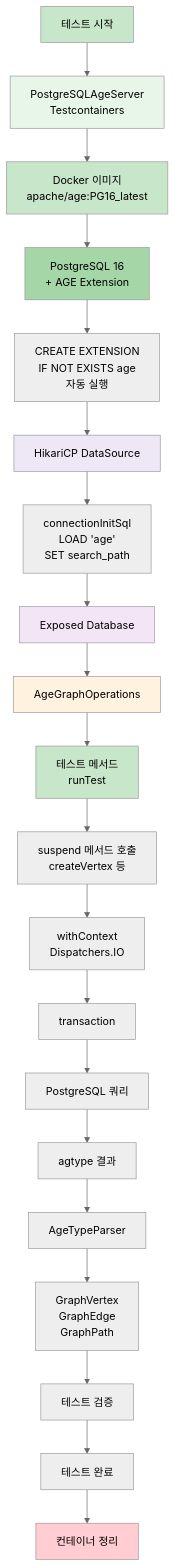
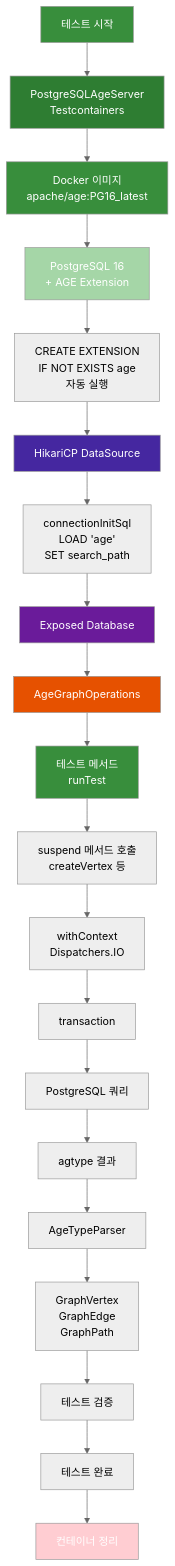
One commit to bluetape4k/bluetape4k-experimental changed diagram 12 of 12 in graph/graph-age/README.md. Above: the diagram before and after it, drawn with Mermaid (neutral theme). The commit also changed other lines of this file and 71 other files, not shown here.

First line of the commit message:
feat(graph): Memgraph, TinkerPop 백엔드 및 Neo4j/Memgraph/TinkerPop 예제 추가

````diff
--- a/graph/graph-age/README.md
+++ b/graph/graph-age/README.md
@@ -416,34 +416,34 @@
 ```mermaid
 graph TD
     A["테스트 시작"] --> B["PostgreSQLAgeServer<br/>Testcontainers"]
     B --> C["Docker 이미지<br/>apache/age:PG16_latest"]
     C --> D["PostgreSQL 16<br/>+ AGE Extension"]
     D --> E["CREATE EXTENSION<br/>IF NOT EXISTS age<br/>자동 실행"]
 
     E --> F["HikariCP DataSource"]
     F --> G["connectionInitSql<br/>LOAD 'age'<br/>SET search_path"]
     G --> H["Exposed Database"]
     H --> I["AgeGraphOperations"]
     I --> J["테스트 메서드<br/>runTest"]
 
     J --> K["suspend 메서드 호출<br/>createVertex 등"]
     K --> L["withContext<br/>Dispatchers.IO"]
     L --> M["transaction"]
     M --> N["PostgreSQL 쿼리"]
     N --> O["agtype 결과"]
     O --> P["AgeTypeParser"]
     P --> Q["GraphVertex<br/>GraphEdge<br/>GraphPath"]
     Q --> R["테스트 검증"]
     R --> S["테스트 완료"]
     S --> T["컨테이너 정리"]
 
-    style A fill:#c8e6c9
-    style B fill:#e8f5e9
-    style C fill:#c8e6c9
-    style D fill:#a5d6a7
-    style F fill:#ede7f6
-    style H fill:#f3e5f5
-    style I fill:#fff3e0
-    style J fill:#c8e6c9
-    style T fill:#ffcdd2
+    style A fill:#388E3C,color:#fff
+    style B fill:#2E7D32,color:#fff
+    style C fill:#388E3C,color:#fff
+    style D fill:#a5d6a7,color:#fff
+    style F fill:#4527A0,color:#fff
+    style H fill:#6A1B9A,color:#fff
+    style I fill:#E65100,color:#fff
+    style J fill:#388E3C,color:#fff
+    style T fill:#ffcdd2,color:#fff
 ```
````
